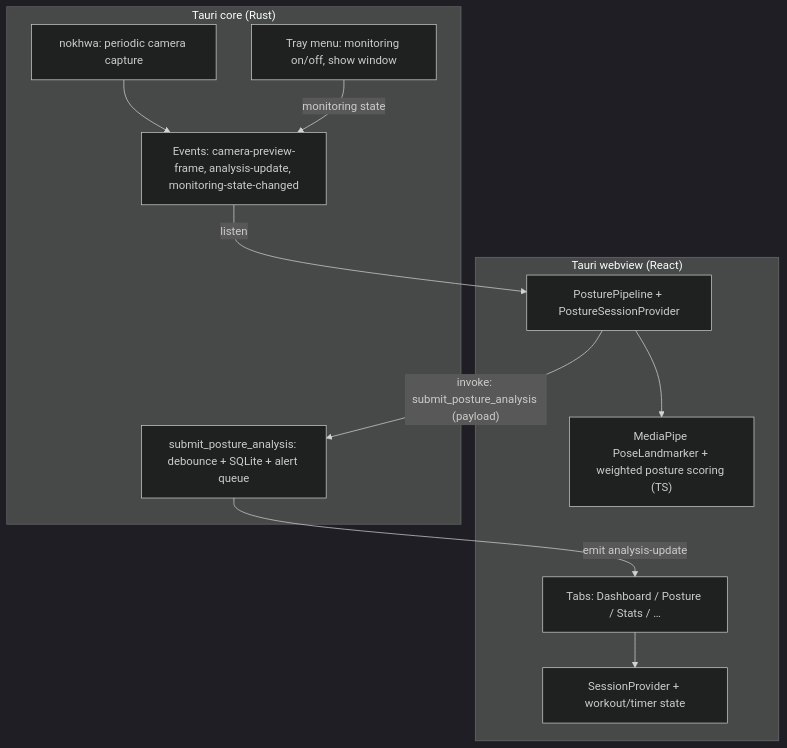
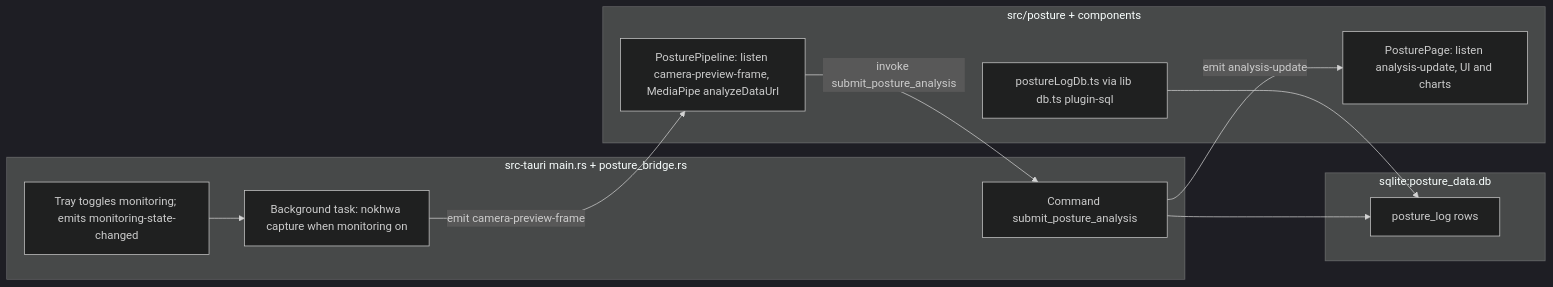
The third of 3 diagrams in docs/ARCHITECTURE.md (jdserenity/management), drawn with Mermaid (dark theme) before and after one commit. The commit also changed other lines of this file and 1 other file, not shown here.

Commit message:
improve mermaid diagram

````diff
--- a/docs/ARCHITECTURE.md
+++ b/docs/ARCHITECTURE.md
@@ -28,24 +96,22 @@
 ```mermaid
-flowchart TB
-  subgraph Webview["Tauri webview (React)"]
-    UI["Tabs: Dashboard / Posture / Stats / …"]
-    SP["SessionProvider + workout/timer state"]
-    PP["PosturePipeline + PostureSessionProvider"]
-    MP["MediaPipe PoseLandmarker + weighted posture scoring (TS)"]
-    UI --> SP
-    PP --> MP
+flowchart LR
+  subgraph rust["src-tauri main.rs + posture_bridge.rs"]
+    caploop["Background task: nokhwa capture when monitoring on"]
+    cmd["Command submit_posture_analysis"]
+    tray["Tray toggles monitoring; emits monitoring-state-changed"]
   end
-
-  subgraph Rust["Tauri core (Rust)"]
-    CAM["nokhwa: periodic camera capture"]
-    EVT["Events: camera-preview-frame, analysis-update, monitoring-state-changed"]
-    ING["submit_posture_analysis: debounce + SQLite + alert queue"]
-    TRAY["Tray menu: monitoring on/off, show window"]
-    CAM --> EVT
+  subgraph ts["src/posture + components"]
+    pipe["PosturePipeline: listen camera-preview-frame, MediaPipe analyzeDataUrl"]
+    page["PosturePage: listen analysis-update, UI and charts"]
+    dbread["postureLogDb.ts via lib db.ts plugin-sql"]
   end
-
-  PP -->|"invoke: submit_posture_analysis (payload)"| ING
-  EVT -->|"listen"| PP
-  ING -->|"emit analysis-update"| UI
-  TRAY -->|"monitoring state"| EVT
+  subgraph store["sqlite:posture_data.db"]
+    logt["posture_log rows"]
+  end
+  caploop -->|"emit camera-preview-frame"| pipe
+  pipe -->|"invoke submit_posture_analysis"| cmd
+  cmd -->|"emit analysis-update"| page
+  cmd --> logt
+  dbread --> logt
+  tray --> caploop
 ```
````
